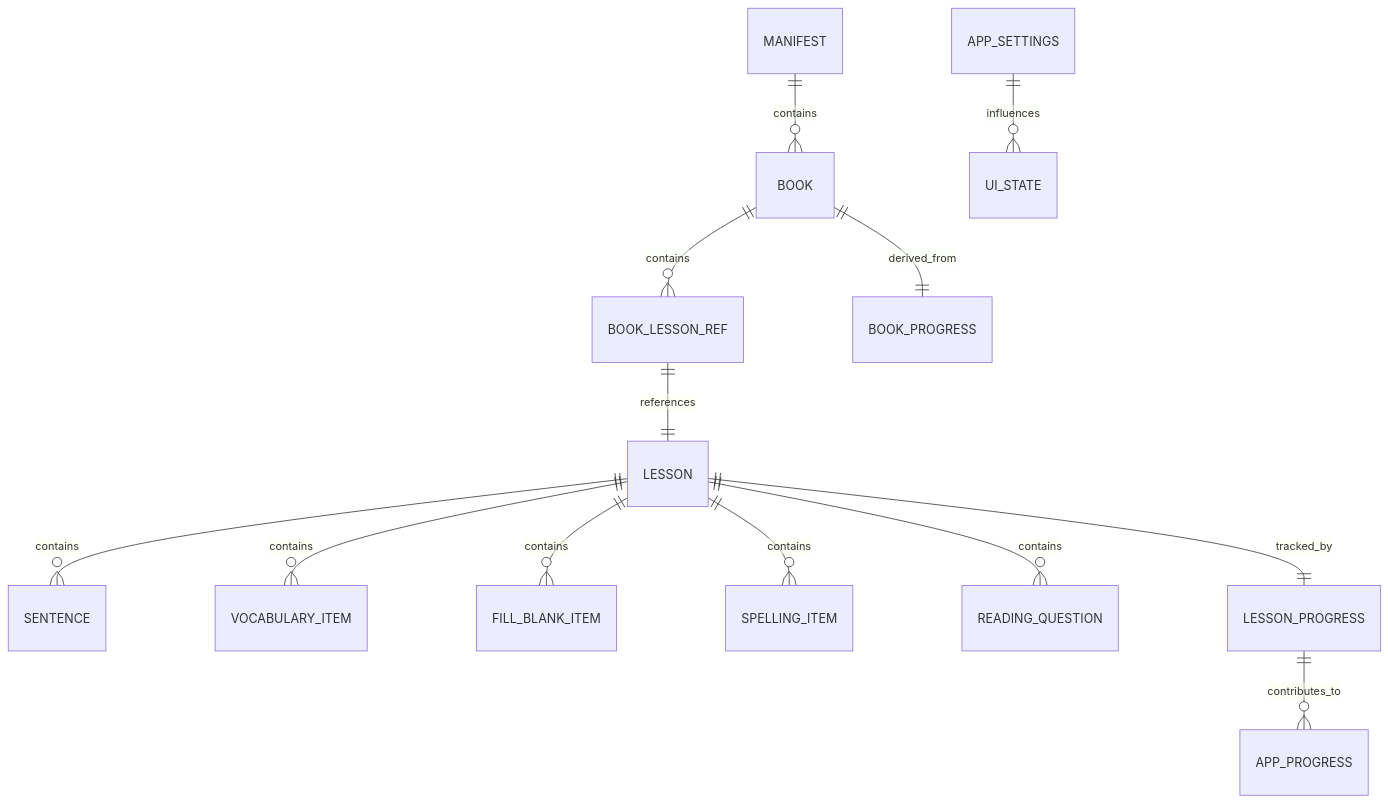
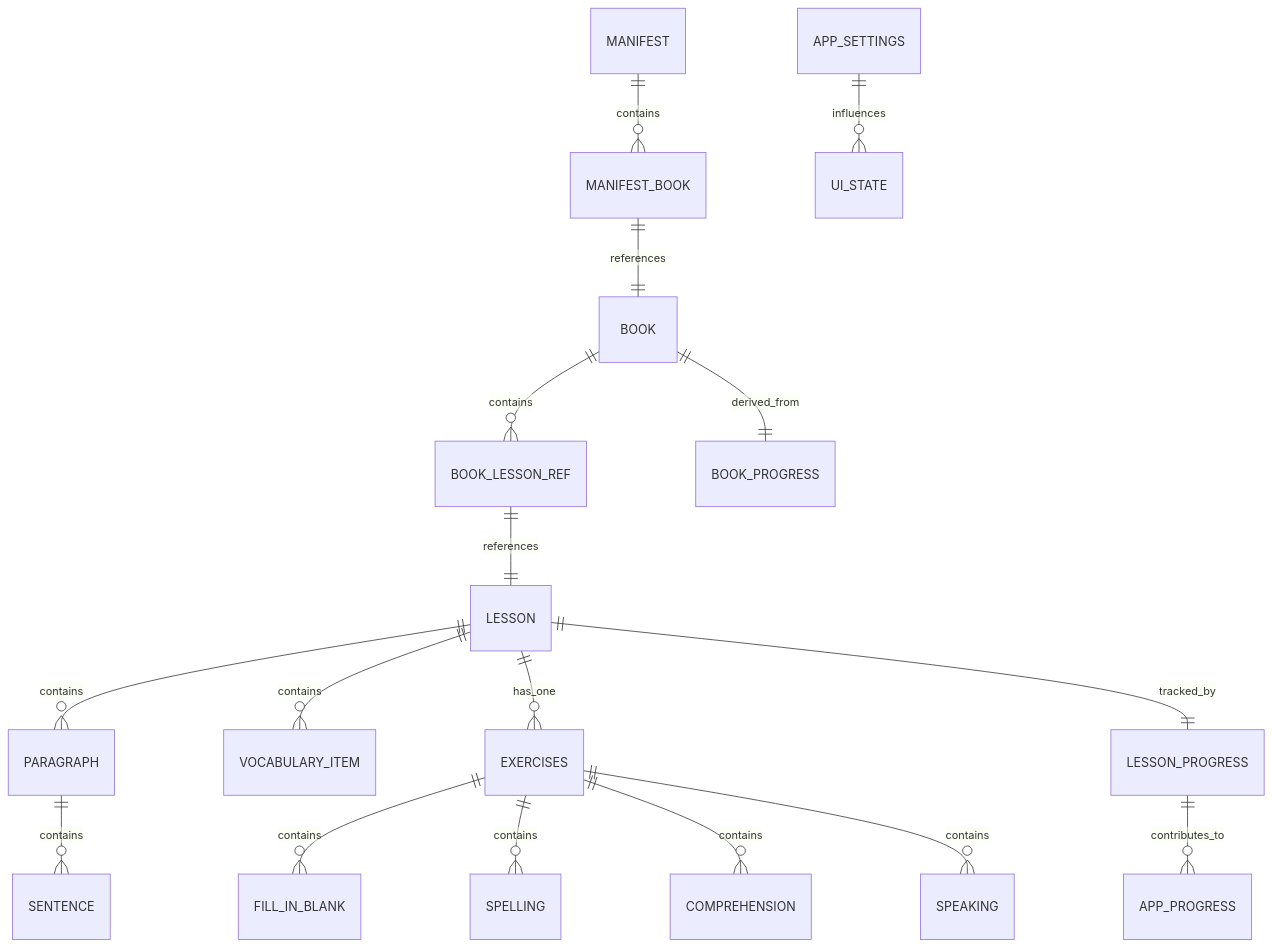
One commit to belos-street/neo-concept changed the diagram in docs/vibe-flow/06-data-model.md. Above: the diagram before and after it, drawn with Mermaid. The commit also changed other lines of this file and 29 other files, not shown here.

````diff
--- a/docs/vibe-flow/06-data-model.md
+++ b/docs/vibe-flow/06-data-model.md
@@ -281,15 +316,19 @@
 ```mermaid
 erDiagram
-    MANIFEST ||--o{ BOOK : contains
+    MANIFEST ||--o{ MANIFEST_BOOK : contains
+    MANIFEST_BOOK ||--|| BOOK : references
     BOOK ||--o{ BOOK_LESSON_REF : contains
     BOOK_LESSON_REF ||--|| LESSON : references
-    LESSON ||--o{ SENTENCE : contains
+    LESSON ||--o{ PARAGRAPH : contains
+    PARAGRAPH ||--o{ SENTENCE : contains
     LESSON ||--o{ VOCABULARY_ITEM : contains
-    LESSON ||--o{ FILL_BLANK_ITEM : contains
-    LESSON ||--o{ SPELLING_ITEM : contains
-    LESSON ||--o{ READING_QUESTION : contains
+    LESSON ||--o{ EXERCISES : has_one
+    EXERCISES ||--o{ FILL_IN_BLANK : contains
+    EXERCISES ||--o{ SPELLING : contains
+    EXERCISES ||--o{ COMPREHENSION : contains
+    EXERCISES ||--o{ SPEAKING : contains
     LESSON ||--|| LESSON_PROGRESS : tracked_by
     BOOK ||--|| BOOK_PROGRESS : derived_from
     LESSON_PROGRESS ||--o{ APP_PROGRESS : contributes_to
     APP_SETTINGS ||--o{ UI_STATE : influences
 ```
````
